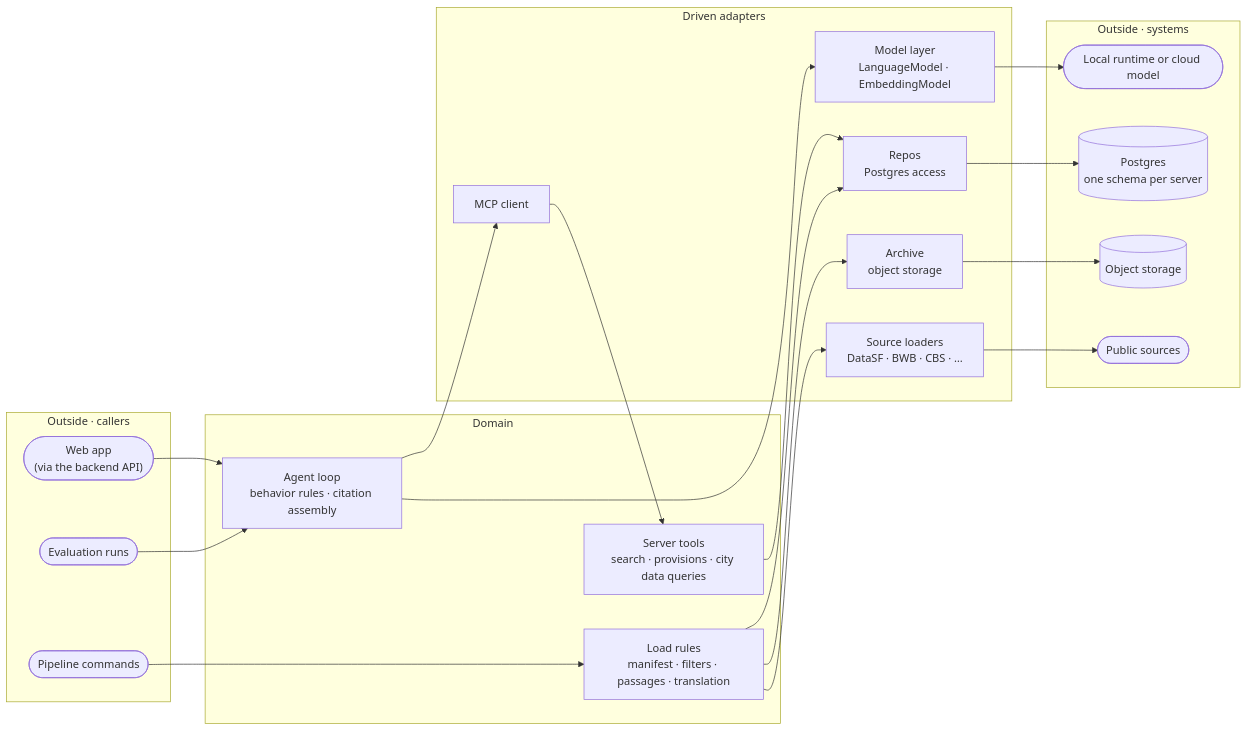
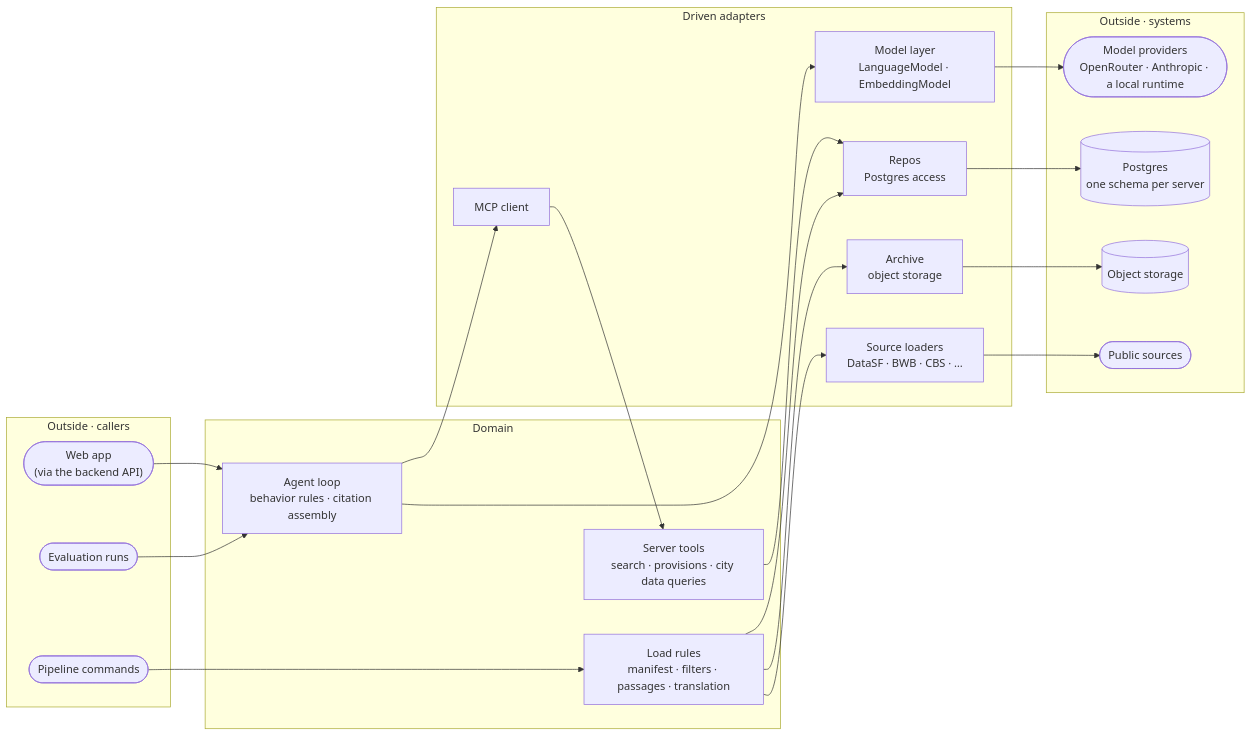
The diagram in docs/domain-driven-design.md (mollyegibson/policy-huis), drawn with Mermaid before and after one commit. The commit also changed other lines of this file and 15 other files, not shown here.

````diff
--- a/docs/domain-driven-design.md
+++ b/docs/domain-driven-design.md
@@ -12,44 +12,44 @@
 ```mermaid
 graph LR
   subgraph Driving["Outside · callers"]
     WEB(["Web app<br/>(via the backend API)"])
     EVAL(["Evaluation runs"])
     CLI(["Pipeline commands"])
   end
 
   subgraph Core["Domain"]
     LOOP["Agent loop<br/>behavior rules · citation assembly"]
     TOOLS["Server tools<br/>search · provisions · city data queries"]
     LOAD["Load rules<br/>manifest · filters · passages · translation"]
   end
 
   subgraph Driven["Driven adapters"]
     MODEL["Model layer<br/>LanguageModel · EmbeddingModel"]
     MCP["MCP client"]
     REPO["Repos<br/>Postgres access"]
     SRC["Source loaders<br/>DataSF · BWB · CBS · …"]
     ARC["Archive<br/>object storage"]
   end
 
   subgraph Systems["Outside · systems"]
-    RT(["Local runtime or cloud model"])
+    RT(["Model providers<br/>OpenRouter · Anthropic · a local runtime"])
     PG[("Postgres<br/>one schema per server")]
     S3[("Object storage")]
     UP(["Public sources"])
   end
 
   WEB --> LOOP
   EVAL --> LOOP
   CLI --> LOAD
   LOOP --> MODEL
   LOOP --> MCP
   MCP --> TOOLS
   TOOLS --> REPO
   LOAD --> SRC
   LOAD --> ARC
   LOAD --> REPO
   MODEL --> RT
   REPO --> PG
   ARC --> S3
   SRC --> UP
 ```
````
